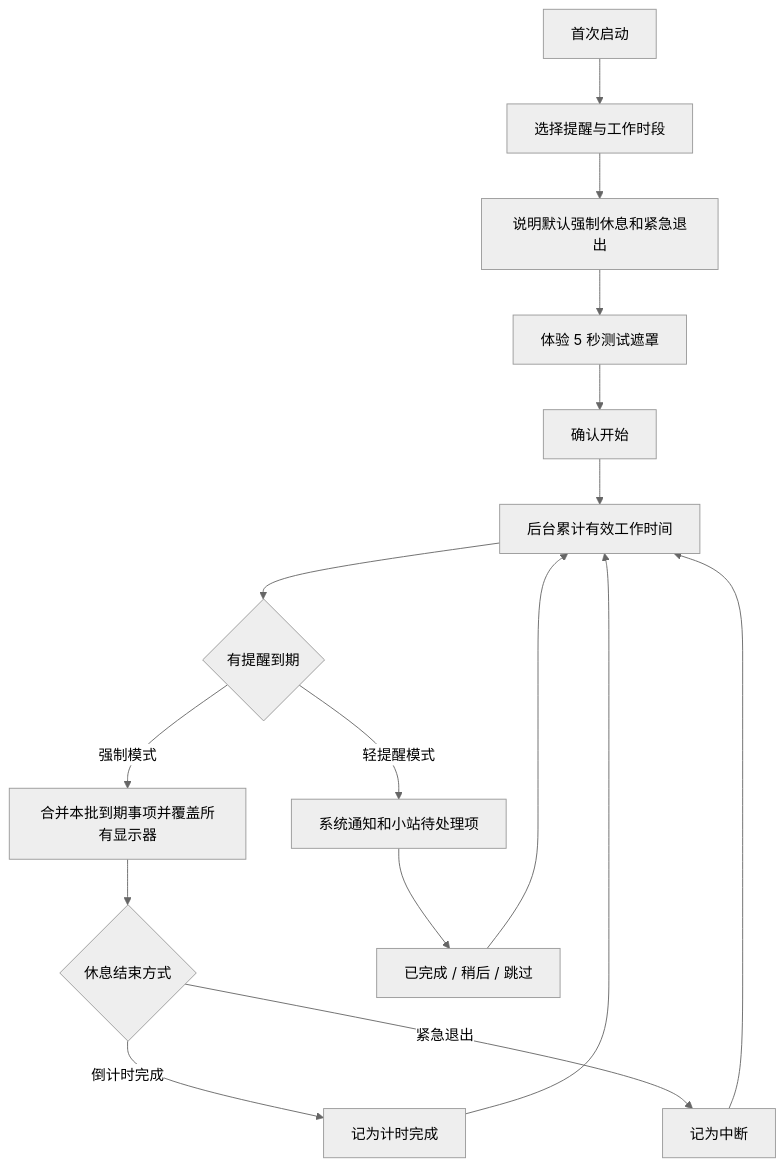
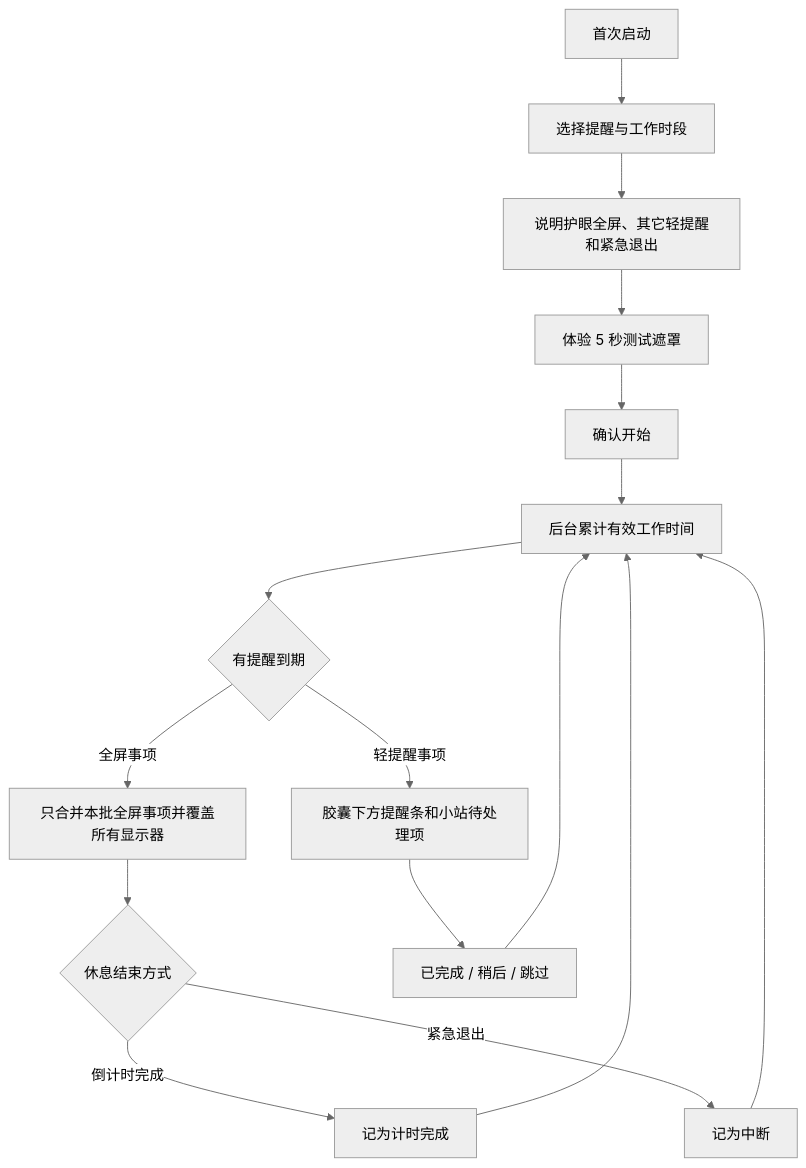
The first of 2 diagrams in docs/requirements/PRD.md (WenWenBo/GuluTwistBreakStation), drawn with Mermaid (neutral theme) before and after one commit. The commit also changed other lines of this file and 25 other files, not shown here.

````diff
--- a/docs/requirements/PRD.md
+++ b/docs/requirements/PRD.md
@@ -150,18 +151,18 @@
 ```mermaid
 flowchart TD
     A[首次启动] --> B[选择提醒与工作时段]
-    B --> C[说明默认强制休息和紧急退出]
+    B --> C[说明护眼全屏、其它轻提醒和紧急退出]
     C --> D[体验 5 秒测试遮罩]
     D --> E[确认开始]
     E --> F[后台累计有效工作时间]
     F --> G{有提醒到期}
-    G -->|强制模式| H[合并本批到期事项并覆盖所有显示器]
+    G -->|全屏事项| H[只合并本批全屏事项并覆盖所有显示器]
     H --> I{休息结束方式}
     I -->|倒计时完成| J[记为计时完成]
     I -->|紧急退出| K[记为中断]
-    G -->|轻提醒模式| L[系统通知和小站待处理项]
+    G -->|轻提醒事项| L[胶囊下方提醒条和小站待处理项]
     L --> M[已完成 / 稍后 / 跳过]
     J --> F
     K --> F
     M --> F
 ```
````
